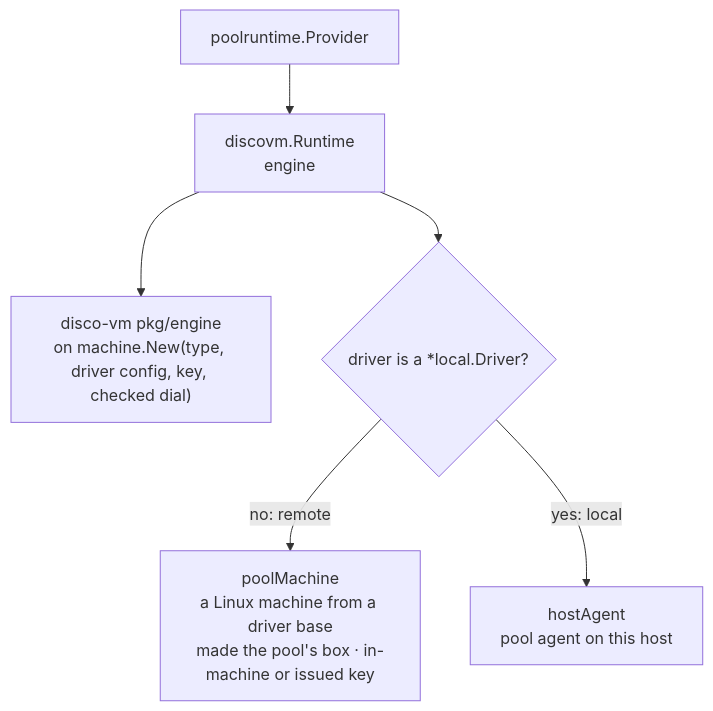
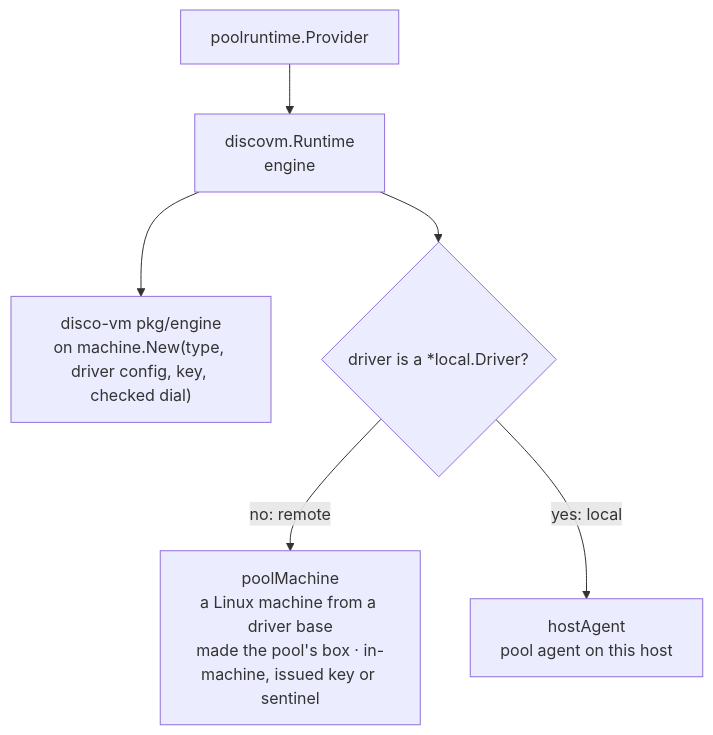
Before and after one commit to discobox-ai/discobox: the diagram in server/providers/discovm/DESIGN.md, drawn with Mermaid. The commit also changed other lines of this file and 43 other files, not shown here.

First line of the commit message:
feat(server): an archil pool's machine holds a sentinel for the provider's key

````diff
--- a/server/providers/discovm/DESIGN.md
+++ b/server/providers/discovm/DESIGN.md
@@ -16,15 +16,15 @@
 ```mermaid
 flowchart TD
     pool["poolruntime.Provider"]
     runtime["discovm.Runtime\nengine"]
     engine["disco-vm pkg/engine\non machine.New(type, driver config, key, checked dial)"]
     host{"driver is a *local.Driver?"}
-    machine["poolMachine\na Linux machine from a driver base\nmade the pool's box · in-machine or issued key"]
+    machine["poolMachine\na Linux machine from a driver base\nmade the pool's box · in-machine, issued key or sentinel"]
     agent["hostAgent\npool agent on this host"]
 
     pool --> runtime
     runtime --> engine
     runtime --> host
     host -- no: remote --> machine
     host -- yes: local --> agent
 ```
````
